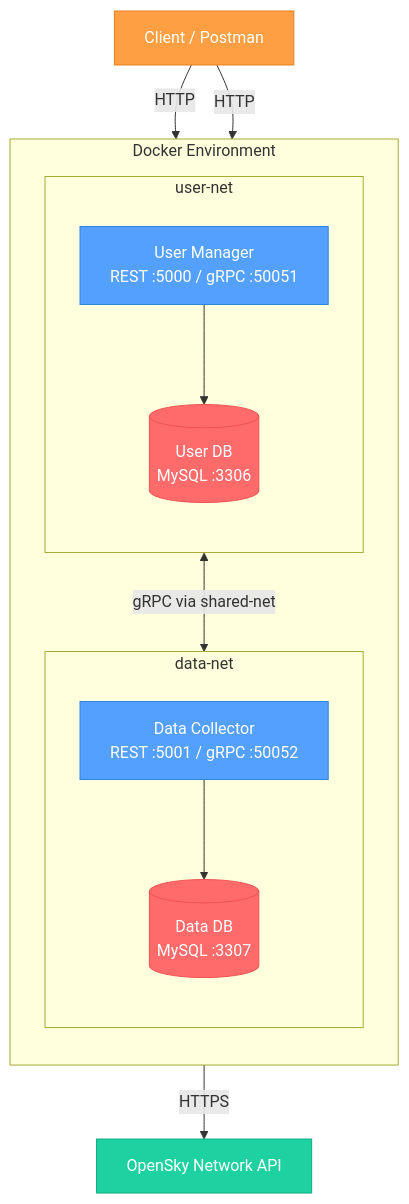
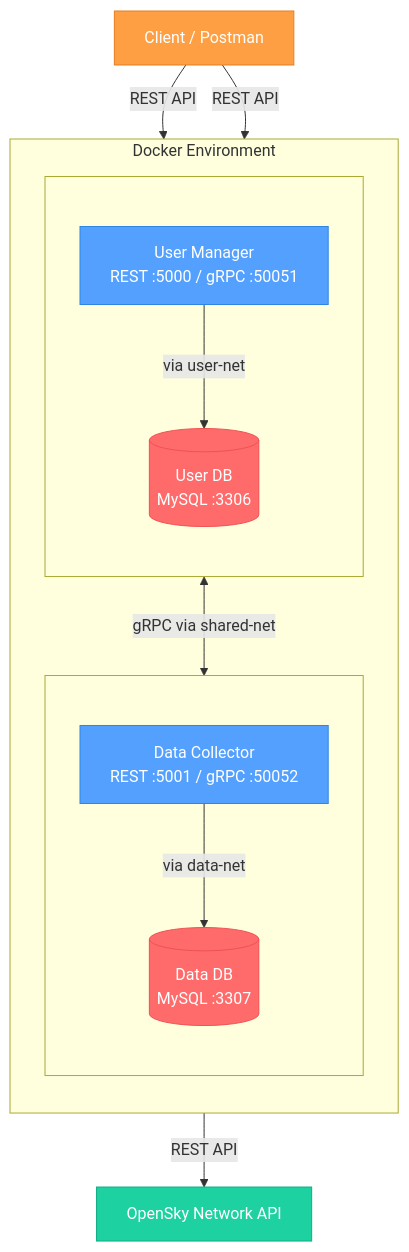
One commit to RickyV02/DSBD_Project changed the diagram in README.md. Above: the diagram before and after it, drawn with Mermaid. The commit also changed other lines of this file and 3 other files, not shown here.

````diff
--- a/README.md
+++ b/README.md
@@ -15,35 +15,35 @@
 ```mermaid
 flowchart TD
     Client[Client / Postman]
     OpenSky[OpenSky Network API]
 
     subgraph Docker [Docker Environment]
         direction TB
 
-        subgraph UserNet [user-net]
+        subgraph UserNet [ ]
             direction TB
             UM[User Manager<br>REST :5000 / gRPC :50051]
             UDB[(User DB<br>MySQL :3306)]
-            UM --> UDB
+            UM --> |via user-net| UDB
         end
 
-        subgraph DataNet [data-net]
+        subgraph DataNet [ ]
             direction TB
             DC[Data Collector<br>REST :5001 / gRPC :50052]
             DDB[(Data DB<br>MySQL :3307)]
-            DC --> DDB
+            DC --> |via data-net| DDB
         end
     end
 
-    Client -->|HTTP| UM
-    Client -->|HTTP| DC
+    Client -->|REST API| UM
+    Client -->|REST API| DC
     UM <-->|gRPC via shared-net| DC
-    DC -->|HTTPS| OpenSky
+    DC -->|REST API| OpenSky
 
     style Client fill:#ff9f43,stroke:#e67e22,color:#fff
     style OpenSky fill:#1dd1a1,stroke:#10ac84,color:#fff
     style UM fill:#54a0ff,stroke:#2e86de,color:#fff
     style DC fill:#54a0ff,stroke:#2e86de,color:#fff
     style UDB fill:#ff6b6b,stroke:#ee5253,color:#fff
     style DDB fill:#ff6b6b,stroke:#ee5253,color:#fff
 ```
````
